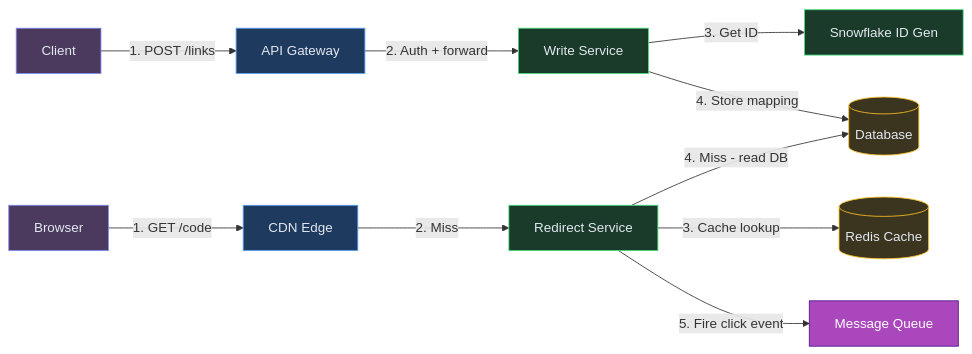
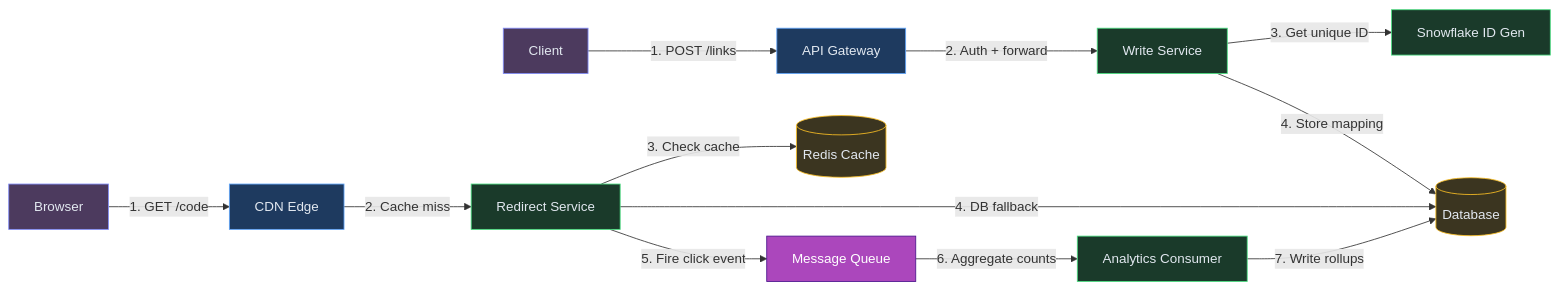
Before and after one commit to iluzn/HLD-Designs: diagram 11 of 11 in content/hld/URLShortner.md, drawn with Mermaid. The commit also changed other lines of this file, not shown here.

Commit message:
fix(hld): Complete final architecture with analytics consumer
Final diagram was missing the analytics path from the deep dives.
Added: Message Queue → Analytics Consumer → DB (write rollups).
Now shows all three flows: write path, read path, and analytics.

````diff
--- a/content/hld/URLShortner.md
+++ b/content/hld/URLShortner.md
@@ -590,32 +590,35 @@
 ```mermaid
 flowchart LR
     CLIENT["Client"]:::client
     BROWSER["Browser"]:::client
     CDN["CDN Edge"]:::edge
     GW["API Gateway"]:::edge
 
     WS["Write Service"]:::service
     RS["Redirect Service"]:::service
     IDG["Snowflake ID Gen"]:::service
+    CONSUMER["Analytics Consumer"]:::service
 
     REDIS[("Redis Cache")]:::data
     DB[("Database")]:::data
     Q["Message Queue"]:::async
 
     CLIENT -->|"1. POST /links"| GW
     GW -->|"2. Auth + forward"| WS
-    WS -->|"3. Get ID"| IDG
+    WS -->|"3. Get unique ID"| IDG
     WS -->|"4. Store mapping"| DB
 
     BROWSER -->|"1. GET /code"| CDN
-    CDN -->|"2. Miss"| RS
-    RS -->|"3. Cache lookup"| REDIS
-    RS -->|"4. Miss - read DB"| DB
+    CDN -->|"2. Cache miss"| RS
+    RS -->|"3. Check cache"| REDIS
+    RS -->|"4. DB fallback"| DB
     RS -->|"5. Fire click event"| Q
+    Q -->|"6. Aggregate counts"| CONSUMER
+    CONSUMER -->|"7. Write rollups"| DB
 
     classDef client fill:#4c3a5e,stroke:#818cf8,color:#e2e8f0
     classDef edge fill:#1e3a5f,stroke:#60a5fa,color:#e2e8f0
     classDef service fill:#1a3a2a,stroke:#4ade80,color:#e2e8f0
     classDef async fill:#AB47BC,stroke:#4A148C,color:#fff
     classDef data fill:#3b3520,stroke:#fbbf24,color:#e2e8f0
 ```
````
